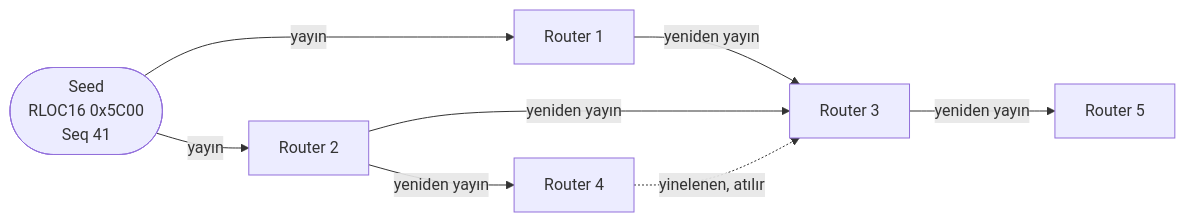
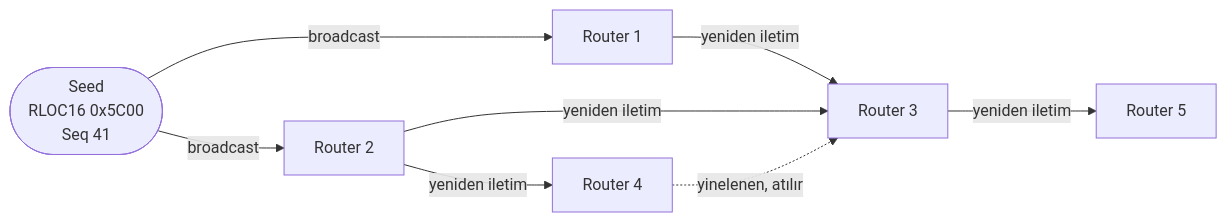
The diagram in bolumler/14-multicast.md (Berkancelik/thread-architecture), drawn with Mermaid before and after one commit. The commit also changed other lines of this file and 31 other files, not shown here.

````diff
--- a/bolumler/14-multicast.md
+++ b/bolumler/14-multicast.md
@@ -26,10 +26,10 @@
 ```mermaid
 flowchart LR
-    S(["Seed<br/>RLOC16 0x5C00<br/>Seq 41"]) -->|"yayın"| R1["Router 1"]
-    S -->|"yayın"| R2["Router 2"]
-    R1 -->|"yeniden yayın"| R3["Router 3"]
-    R2 -->|"yeniden yayın"| R3
-    R2 -->|"yeniden yayın"| R4["Router 4"]
-    R3 -->|"yeniden yayın"| R5["Router 5"]
+    S(["Seed<br/>RLOC16 0x5C00<br/>Seq 41"]) -->|"broadcast"| R1["Router 1"]
+    S -->|"broadcast"| R2["Router 2"]
+    R1 -->|"yeniden iletim"| R3["Router 3"]
+    R2 -->|"yeniden iletim"| R3
+    R2 -->|"yeniden iletim"| R4["Router 4"]
+    R3 -->|"yeniden iletim"| R5["Router 5"]
     R4 -.->|"yinelenen, atılır"| R3
 ```
````
